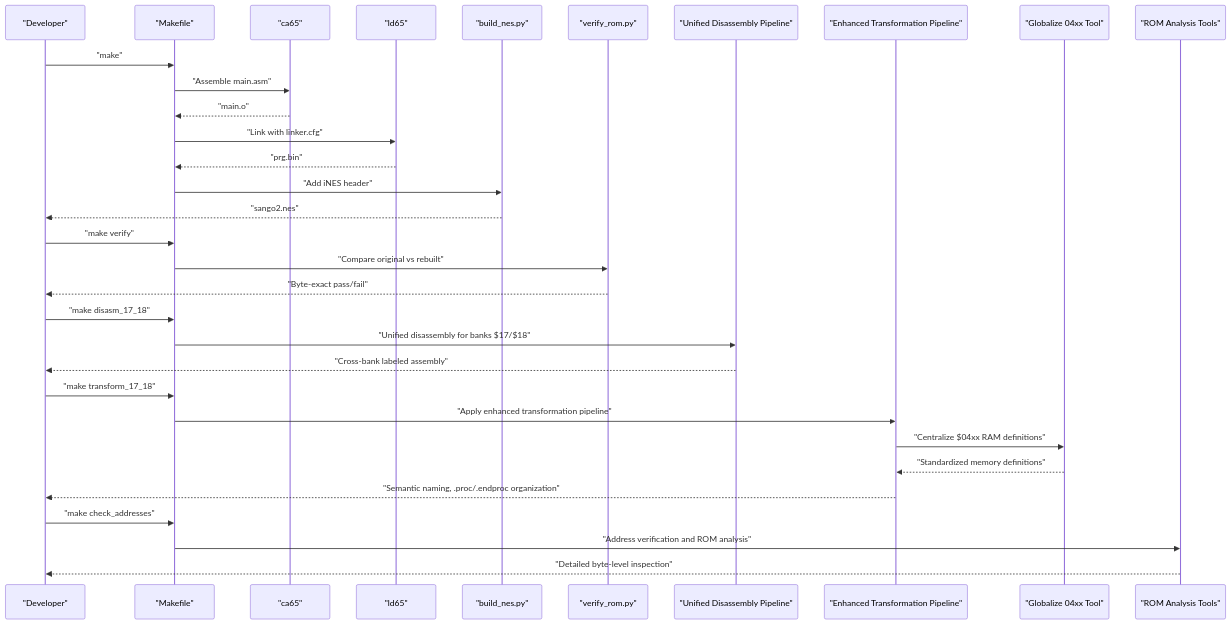
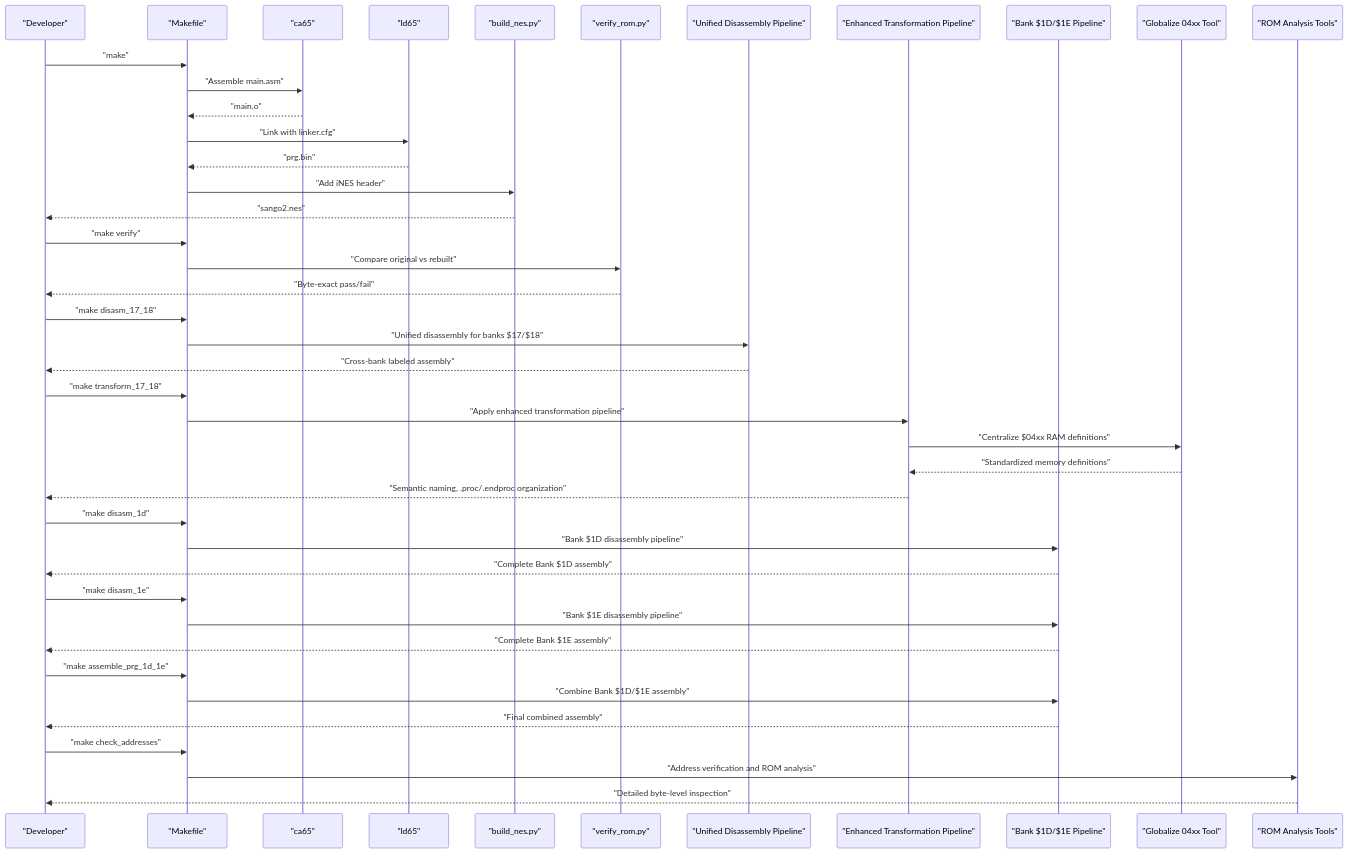
Before and after one commit to rabbyzero/sango2dasm: the second of 14 diagrams in .qoder/repowiki/en/content/Build System and Tools/Build System and Tools.md, drawn with Mermaid. The commit also changed other lines of this file and 15 other files, not shown here.

````diff
--- a/.qoder/repowiki/en/content/Build System and Tools/Build System and Tools.md
+++ b/.qoder/repowiki/en/content/Build System and Tools/Build System and Tools.md
@@ -289,34 +333,44 @@
 ```mermaid
 sequenceDiagram
 participant Dev as "Developer"
 participant MK as "Makefile"
 participant CA as "ca65"
 participant LD as "ld65"
 participant BN as "build_nes.py"
 participant VR as "verify_rom.py"
 participant UD as "Unified Disassembly Pipeline"
 participant TP as "Enhanced Transformation Pipeline"
+participant B1D1E as "Bank $1D/$1E Pipeline"
 participant GC as "Globalize 04xx Tool"
 participant RA as "ROM Analysis Tools"
 Dev->>MK : "make"
 MK->>CA : "Assemble main.asm"
 CA-->>MK : "main.o"
 MK->>LD : "Link with linker.cfg"
 LD-->>MK : "prg.bin"
 MK->>BN : "Add iNES header"
 BN-->>Dev : "sango2.nes"
 Dev->>MK : "make verify"
 MK->>VR : "Compare original vs rebuilt"
 VR-->>Dev : "Byte-exact pass/fail"
 Dev->>MK : "make disasm_17_18"
 MK->>UD : "Unified disassembly for banks $17/$18"
 UD-->>Dev : "Cross-bank labeled assembly"
 Dev->>MK : "make transform_17_18"
 MK->>TP : "Apply enhanced transformation pipeline"
 TP->>GC : "Centralize $04xx RAM definitions"
 GC-->>TP : "Standardized memory definitions"
 TP-->>Dev : "Semantic naming, .proc/.endproc organization"
+Dev->>MK : "make disasm_1d"
+MK->>B1D1E : "Bank $1D disassembly pipeline"
+B1D1E-->>Dev : "Complete Bank $1D assembly"
+Dev->>MK : "make disasm_1e"
+MK->>B1D1E : "Bank $1E disassembly pipeline"
+B1D1E-->>Dev : "Complete Bank $1E assembly"
+Dev->>MK : "make assemble_prg_1d_1e"
+MK->>B1D1E : "Combine Bank $1D/$1E assembly"
+B1D1E-->>Dev : "Final combined assembly"
 Dev->>MK : "make check_addresses"
 MK->>RA : "Address verification and ROM analysis"
 RA-->>Dev : "Detailed byte-level inspection"
 ```
````
